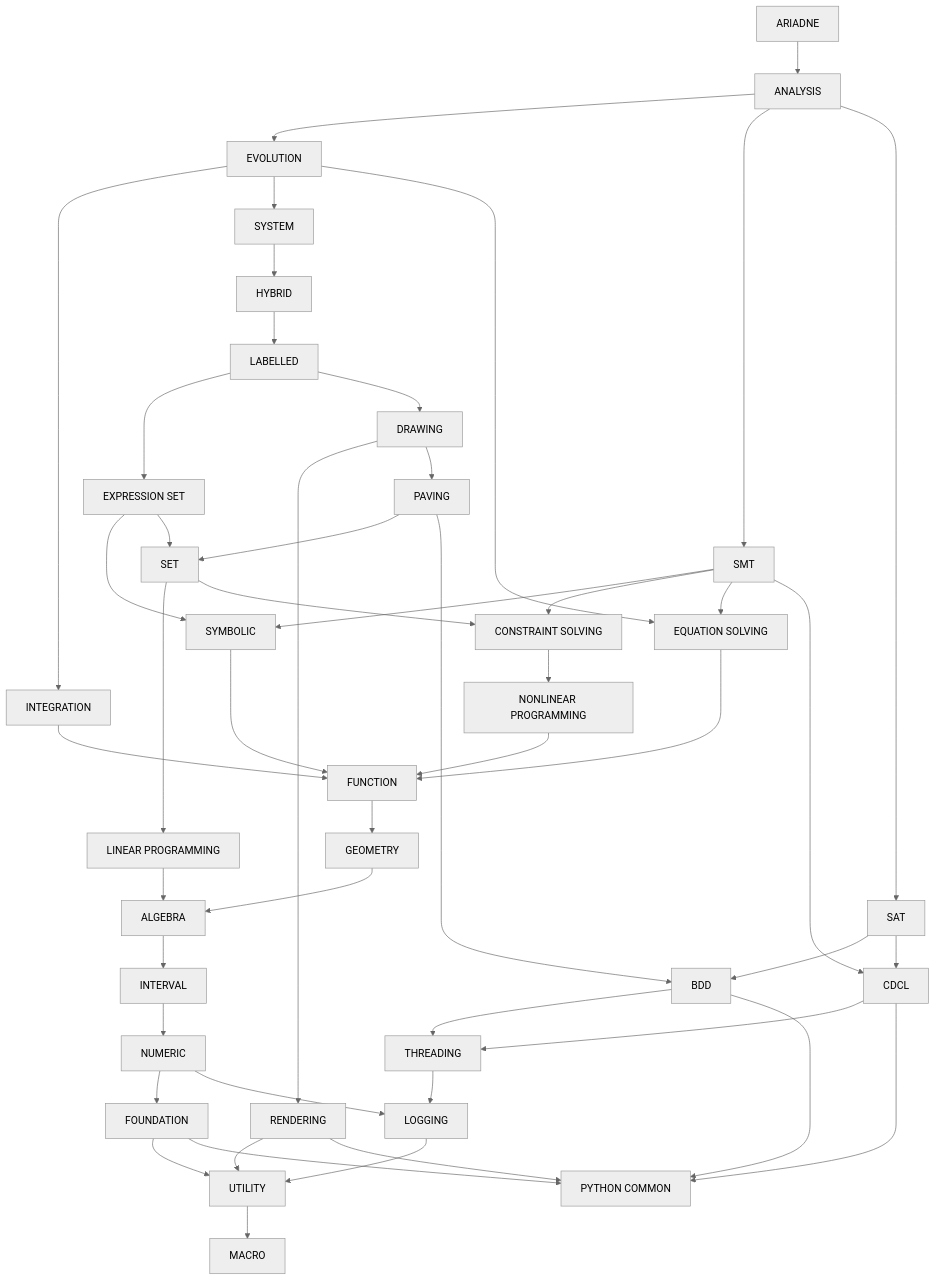
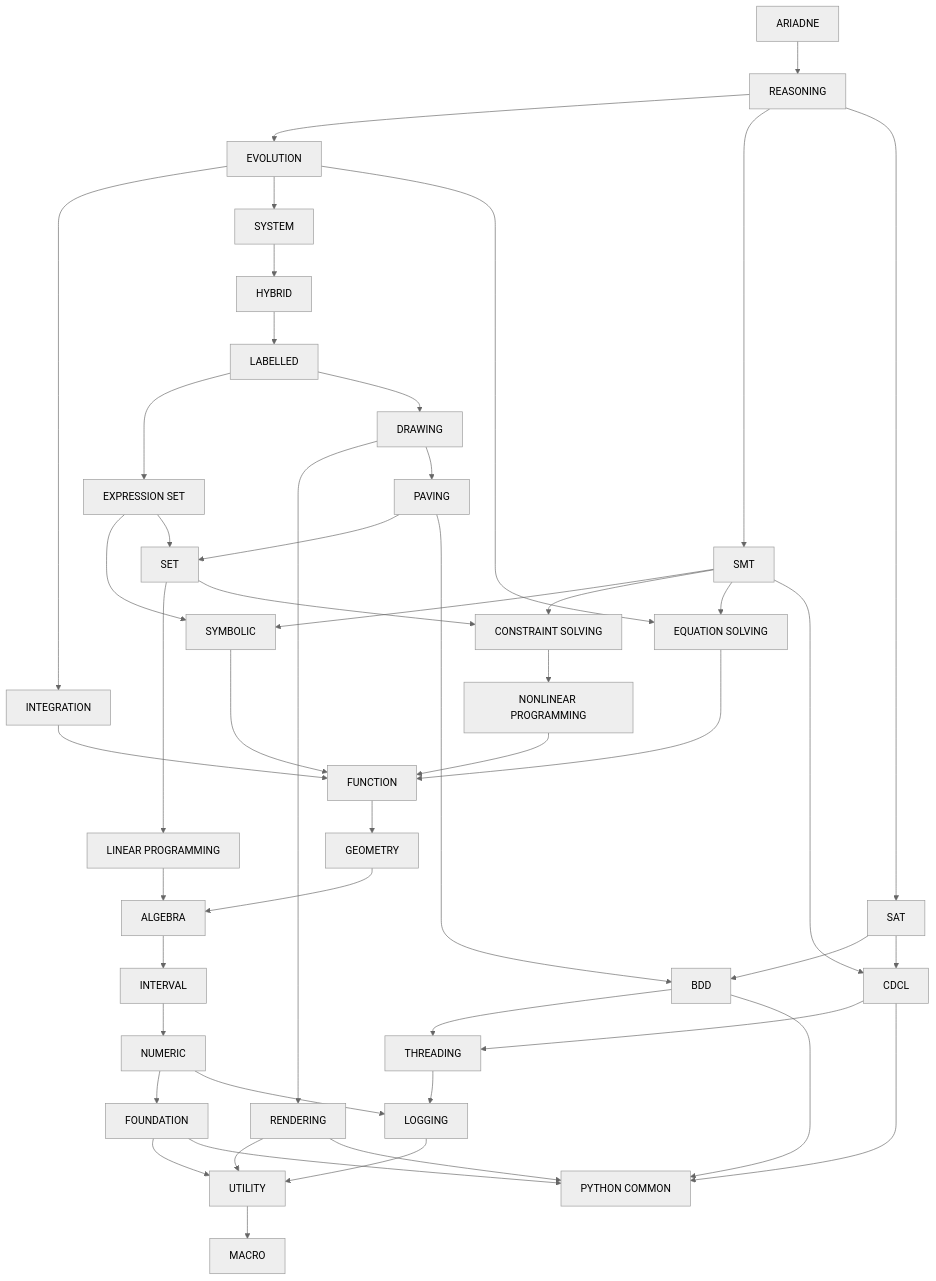
The diagram in doc/structure.md (ariadne-cps/ariadne), drawn with Mermaid (neutral theme) before and after one commit. The commit also changed other lines of this file, not shown here.

Commit message:
docs: rename analysis node to reasoning in structure

````diff
--- a/doc/structure.md
+++ b/doc/structure.md
@@ -5,7 +5,7 @@
 ```mermaid
 graph TD
     ariadne["ARIADNE"]
-    analysis["ANALYSIS"]
+    reasoning["REASONING"]
     evolution["EVOLUTION"]
     integration["INTEGRATION"]
     system["SYSTEM"]
@@ -37,10 +37,10 @@
     python_common["PYTHON COMMON"]
     macro["MACRO"]
 
-    ariadne --> analysis
-    analysis --> evolution
-    analysis --> smt
-    analysis --> sat
+    ariadne --> reasoning
+    reasoning --> evolution
+    reasoning --> smt
+    reasoning --> sat
     evolution --> integration
     evolution --> system
     evolution --> equation_solving
````
